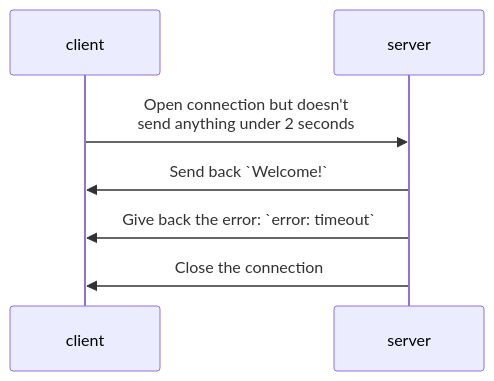
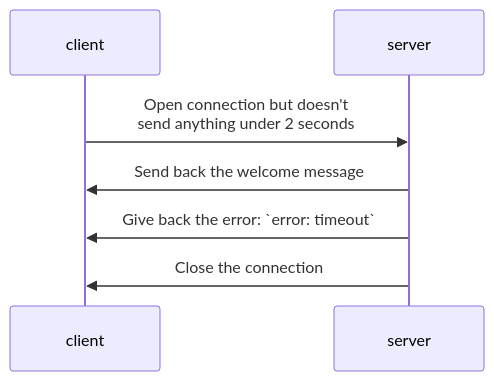
Before and after one commit to HEIGVD-Course-DAI/dai-lab-protocoldesign: the fourth of 5 diagrams in specs/samuelroland_G-LK/protocol.md, drawn with Mermaid. The commit also changed other lines of this file, not shown here.

Commit message:
Fix protocol with more client timeouts definition and welcome message content

````diff
--- a/specs/samuelroland_G-LK/protocol.md
+++ b/specs/samuelroland_G-LK/protocol.md
@@ -49,7 +74,7 @@
 ```mermaid
 sequenceDiagram
 	client->>server: Open connection but doesn't <br>send anything under 2 seconds
-	server->>client: Send back `Welcome!`
+	server->>client: Send back the welcome message
 	server->>client: Give back the error: `error: timeout`
 	server->>client: Close the connection
 ```
````
